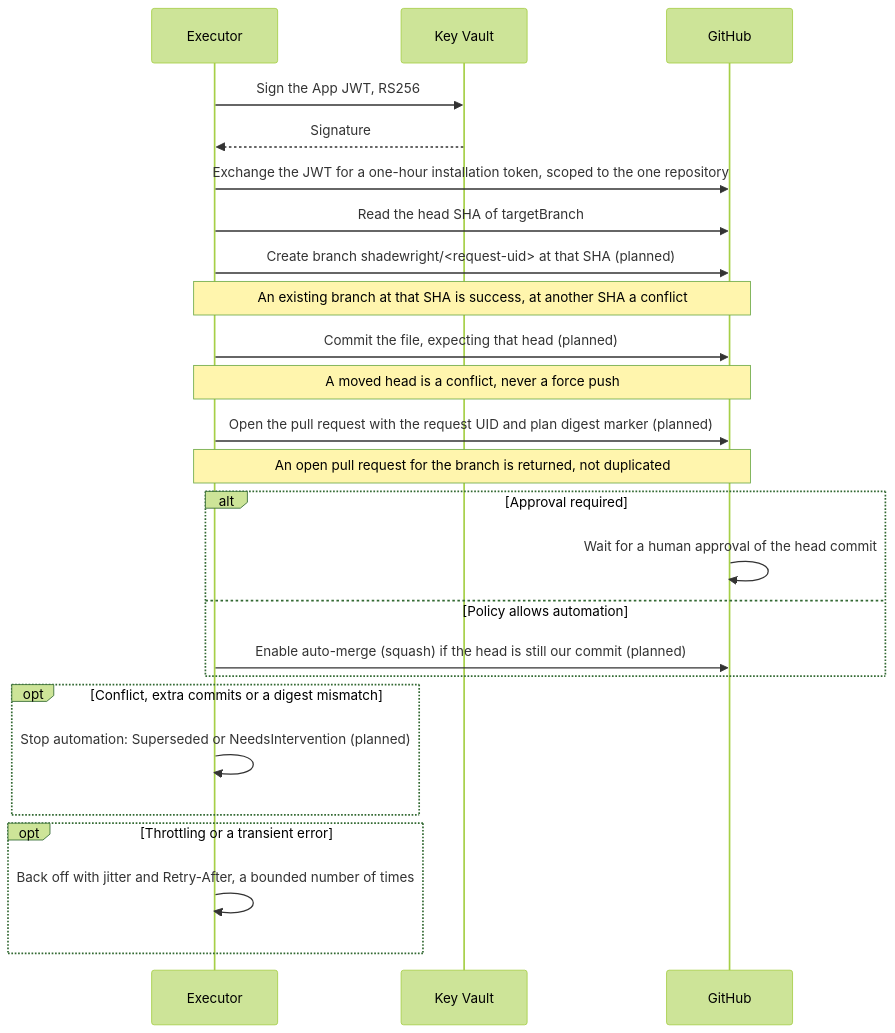
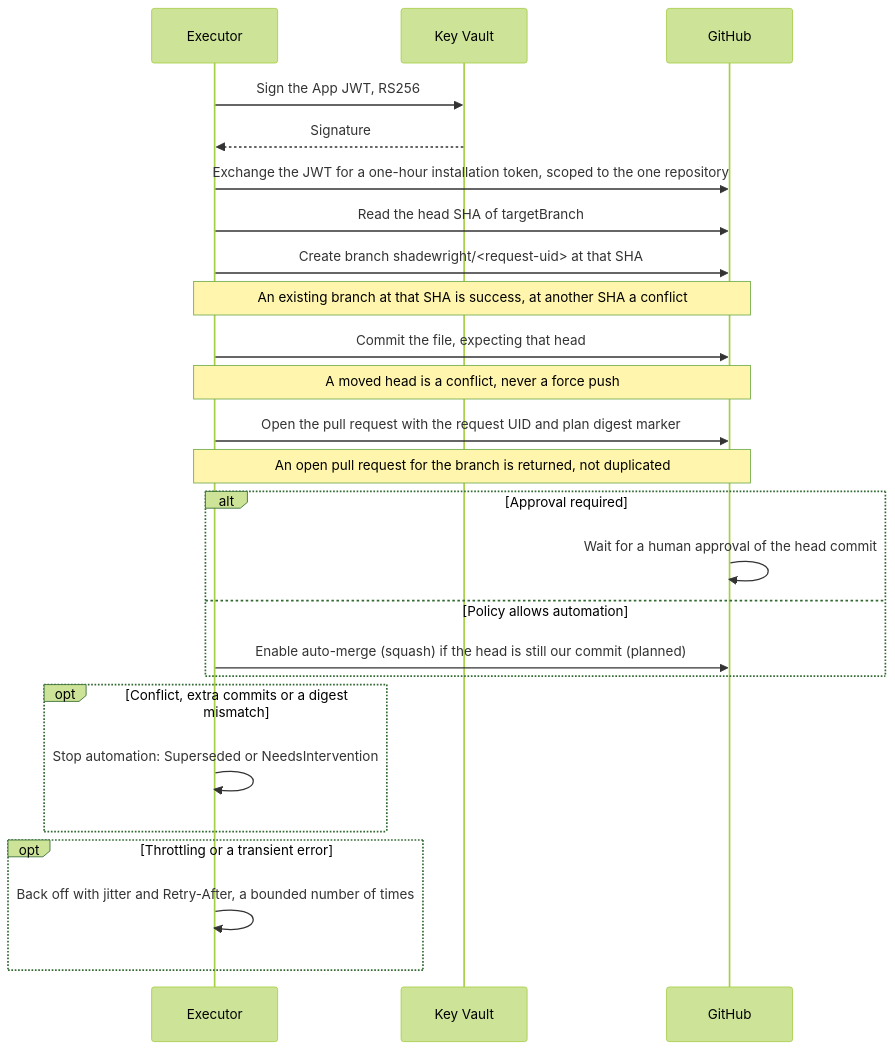
Before and after one commit to pkalin/shadewright: the fourth of 5 diagrams in docs/design.md, drawn with Mermaid (forest theme). The commit also changed other lines of this file and 12 other files, not shown here.

First line of the commit message:
feat(gitops): open one pull request per allowed request (#177)

````diff
--- a/docs/design.md
+++ b/docs/design.md
@@ -470,27 +480,27 @@
 ```mermaid
 sequenceDiagram
     participant E as Executor
     participant V as Key Vault
     participant G as GitHub
     E->>V: Sign the App JWT, RS256
     V-->>E: Signature
     E->>G: Exchange the JWT for a one-hour installation token, scoped to the one repository
     E->>G: Read the head SHA of targetBranch
-    E->>G: Create branch shadewright/#lt;request-uid#gt; at that SHA (planned)
+    E->>G: Create branch shadewright/#lt;request-uid#gt; at that SHA
     Note over E,G: An existing branch at that SHA is success, at another SHA a conflict
-    E->>G: Commit the file, expecting that head (planned)
+    E->>G: Commit the file, expecting that head
     Note over E,G: A moved head is a conflict, never a force push
-    E->>G: Open the pull request with the request UID and plan digest marker (planned)
+    E->>G: Open the pull request with the request UID and plan digest marker
     Note over E,G: An open pull request for the branch is returned, not duplicated
     alt Approval required
         G->>G: Wait for a human approval of the head commit
     else Policy allows automation
         E->>G: Enable auto-merge (squash) if the head is still our commit (planned)
     end
     opt Conflict, extra commits or a digest mismatch
-        E->>E: Stop automation: Superseded or NeedsIntervention (planned)
+        E->>E: Stop automation: Superseded or NeedsIntervention
     end
     opt Throttling or a transient error
         E->>E: Back off with jitter and Retry-After, a bounded number of times
     end
 ```
````
